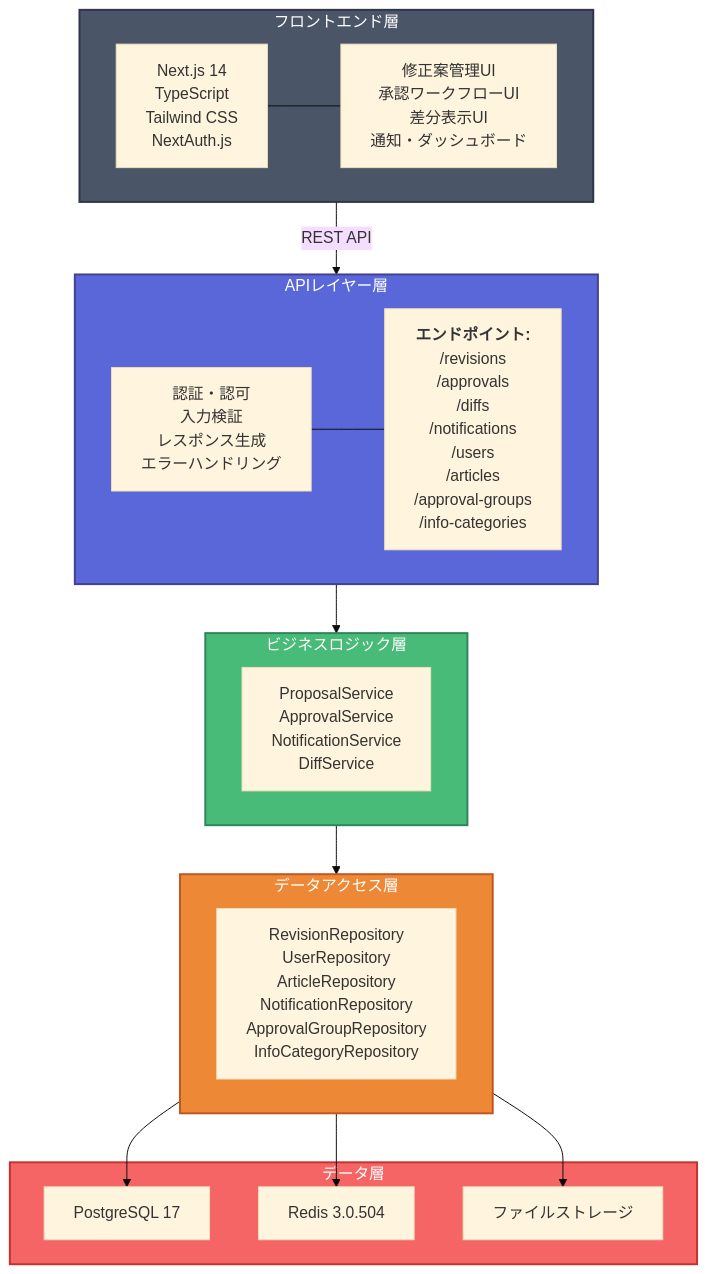
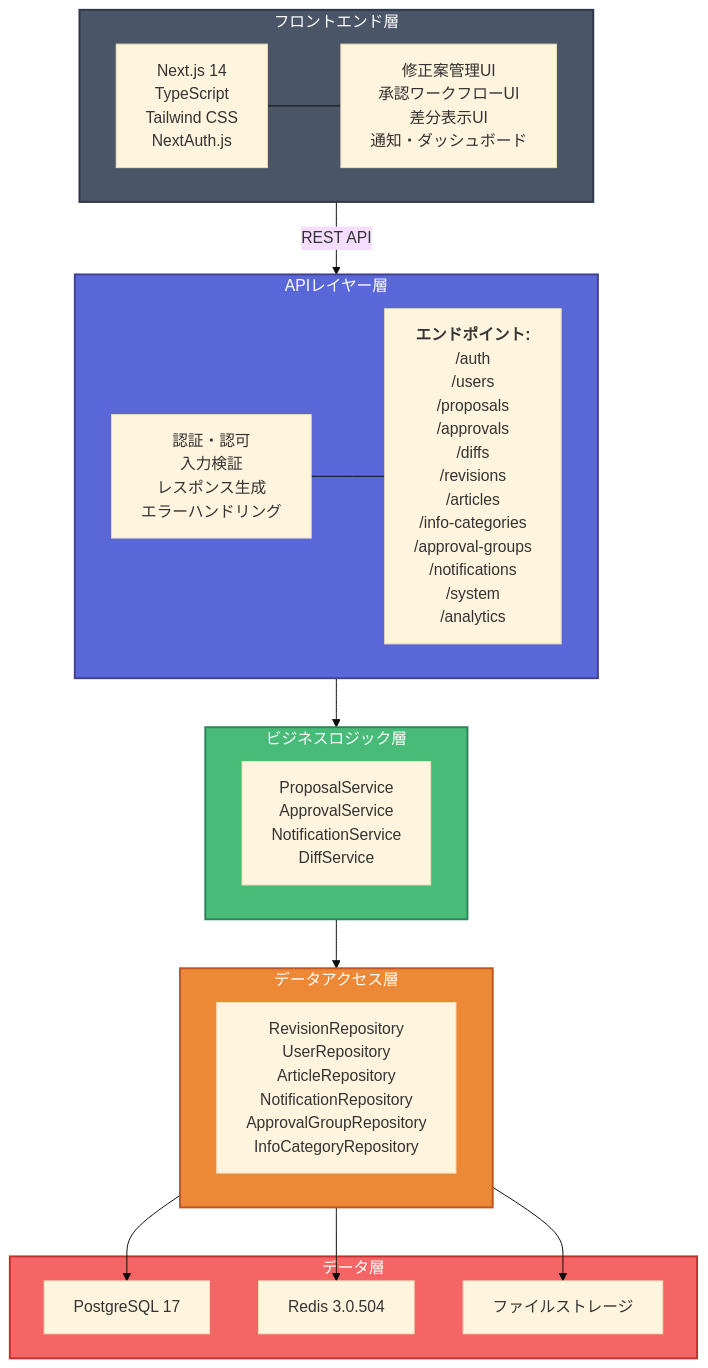
One commit to ekrsw/knowledge_app changed the first of 2 diagrams in .tmp/design.md. Above: the diagram before and after it, drawn with Mermaid (base theme).

Commit message:
docs: APIレイヤー層のエンドポイント一覧を実装と一致するよう更新
- /auth, /proposals, /system, /analytics エンドポイントを追加
- 実際のAPIルーター設定(backend/app/api/v1/api.py)と完全に一致

🤖 Generated with [Claude Code](https://claude.ai/code)

````diff
--- a/.tmp/design.md
+++ b/.tmp/design.md
@@ -7,54 +7,54 @@
 ```mermaid
 graph TB
     %% フロントエンド層
     subgraph Frontend["フロントエンド層"]
         UI_Framework["Next.js 14<br/>TypeScript<br/>Tailwind CSS<br/>NextAuth.js"]
         UI_Components["修正案管理UI<br/>承認ワークフローUI<br/>差分表示UI<br/>通知・ダッシュボード"]
         UI_Framework --- UI_Components
     end
 
     %% APIレイヤー層
     subgraph API["APIレイヤー層"]
         Auth["認証・認可<br/>入力検証<br/>レスポンス生成<br/>エラーハンドリング"]
-        Endpoints["<b>エンドポイント:</b><br/>/revisions<br/>/approvals<br/>/diffs<br/>/notifications<br/>/users<br/>/articles<br/>/approval-groups<br/>/info-categories"]
+        Endpoints["<b>エンドポイント:</b><br/>/auth<br/>/users<br/>/proposals<br/>/approvals<br/>/diffs<br/>/revisions<br/>/articles<br/>/info-categories<br/>/approval-groups<br/>/notifications<br/>/system<br/>/analytics"]
         Auth --- Endpoints
     end
 
     %% ビジネスロジック層
     subgraph Business["ビジネスロジック層"]
         Services["ProposalService<br/>ApprovalService<br/>NotificationService<br/>DiffService"]
     end
 
     %% データアクセス層
     subgraph DataAccess["データアクセス層"]
         Repositories["RevisionRepository<br/>UserRepository<br/>ArticleRepository<br/>NotificationRepository<br/>ApprovalGroupRepository<br/>InfoCategoryRepository"]
     end
 
     %% データ層
     subgraph Data["データ層"]
         PostgreSQL["PostgreSQL 17"]
         Redis["Redis 3.0.504"]
         FileStorage["ファイルストレージ"]
     end
 
     %% 接続
     Frontend -->|REST API| API
     API --> Business
     Business --> DataAccess
     DataAccess --> PostgreSQL
     DataAccess --> Redis
     DataAccess --> FileStorage
 
     %% スタイリング（濃いグレー背景に白文字）
     classDef frontendStyle fill:#4a5568,stroke:#2d3748,stroke-width:2px,color:#fff
     classDef apiStyle fill:#5a67d8,stroke:#434190,stroke-width:2px,color:#fff
     classDef businessStyle fill:#48bb78,stroke:#2f855a,stroke-width:2px,color:#fff
     classDef dataAccessStyle fill:#ed8936,stroke:#c05621,stroke-width:2px,color:#fff
     classDef dataStyle fill:#f56565,stroke:#c53030,stroke-width:2px,color:#fff
 
     class Frontend frontendStyle
     class API apiStyle
     class Business businessStyle
     class DataAccess dataAccessStyle
     class Data dataStyle
 ```
````
